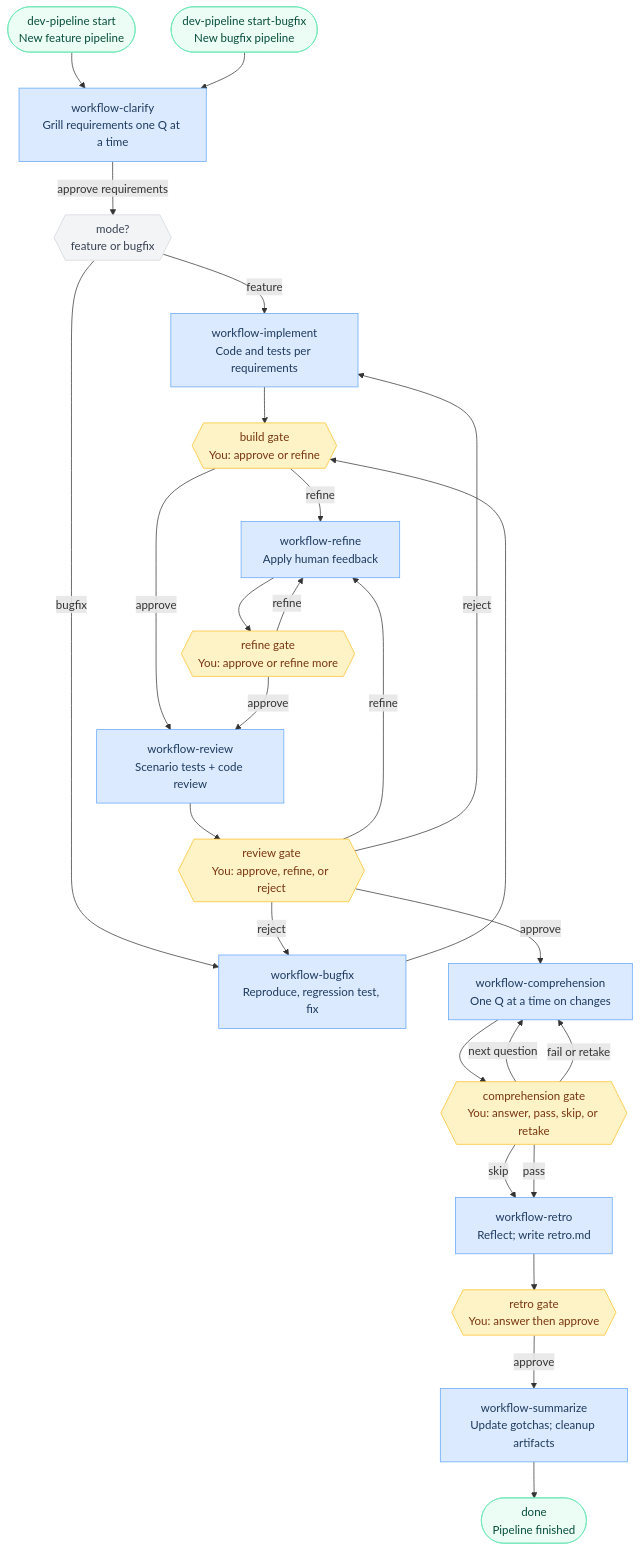
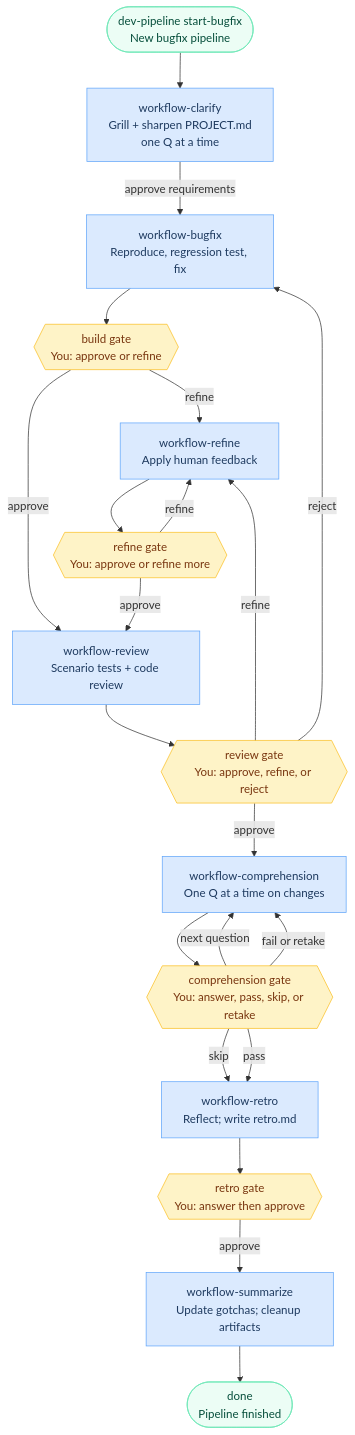
One commit to D-Andreev/ai-workflow changed the third of 3 diagrams in README.md. Above: the diagram before and after it, drawn with Mermaid. The commit also changed other lines of this file and 18 other files, not shown here.

````diff
--- a/README.md
+++ b/README.md
@@ -111,50 +181,42 @@
 ```mermaid
 flowchart TD
-    start(["dev-pipeline start\nNew feature pipeline"])
     startbug(["dev-pipeline start-bugfix\nNew bugfix pipeline"])
-    start --> clarify
     startbug --> clarify
 
-    clarify["workflow-clarify\nGrill requirements one Q at a time"]
-    clarify -->|approve requirements| mode
+    clarify["workflow-clarify\nGrill + sharpen PROJECT.md\none Q at a time"]
+    clarify -->|approve requirements| bugfix
 
-    mode{{"mode?\nfeature or bugfix"}}
-    mode -->|feature| implement["workflow-implement\nCode and tests per requirements"]
-    mode -->|bugfix| bugfix["workflow-bugfix\nReproduce, regression test, fix"]
+    bugfix["workflow-bugfix\nReproduce, regression test, fix"]
+    bugfix --> gate_build
 
-    implement --> gate_build
-    bugfix --> gate_build
     gate_build{{"build gate\nYou: approve or refine"}}
     gate_build -->|refine| refine["workflow-refine\nApply human feedback"]
     gate_build -->|approve| review["workflow-review\nScenario tests + code review"]
 
     refine --> gate_refine{{"refine gate\nYou: approve or refine more"}}
     gate_refine -->|refine| refine
     gate_refine -->|approve| review
 
     review --> gate_review{{"review gate\nYou: approve, refine, or reject"}}
     gate_review -->|refine| refine
-    gate_review -->|reject| implement
     gate_review -->|reject| bugfix
     gate_review -->|approve| comprehension["workflow-comprehension\nOne Q at a time on changes"]
 
     comprehension --> gate_comp{{"comprehension gate\nYou: answer, pass, skip, or retake"}}
     gate_comp -->|next question| comprehension
     gate_comp -->|fail or retake| comprehension
     gate_comp -->|skip| retro["workflow-retro\nReflect; write retro.md"]
     gate_comp -->|pass| retro
 
     retro --> gate_retro{{"retro gate\nYou: answer then approve"}}
     gate_retro -->|approve| summarize["workflow-summarize\nUpdate gotchas; cleanup artifacts"]
     summarize --> done(["done\nPipeline finished"])
 
     classDef ai fill:#dbeafe,stroke:#60a5fa,color:#1e3a5f
     classDef human fill:#fef3c7,stroke:#fbbf24,color:#78350f
     classDef terminal fill:#ecfdf5,stroke:#6ee7b7,color:#064e3b
-    classDef routing fill:#f3f4f6,stroke:#d1d5db,color:#374151
 
-    class clarify,implement,bugfix,refine,review,comprehension,retro,summarize ai
+    class clarify,bugfix,refine,review,comprehension,retro,summarize ai
     class gate_build,gate_refine,gate_review,gate_comp,gate_retro human
-    class start,startbug,done terminal
-    class mode routing
+    class startbug,done terminal
 ```
````
